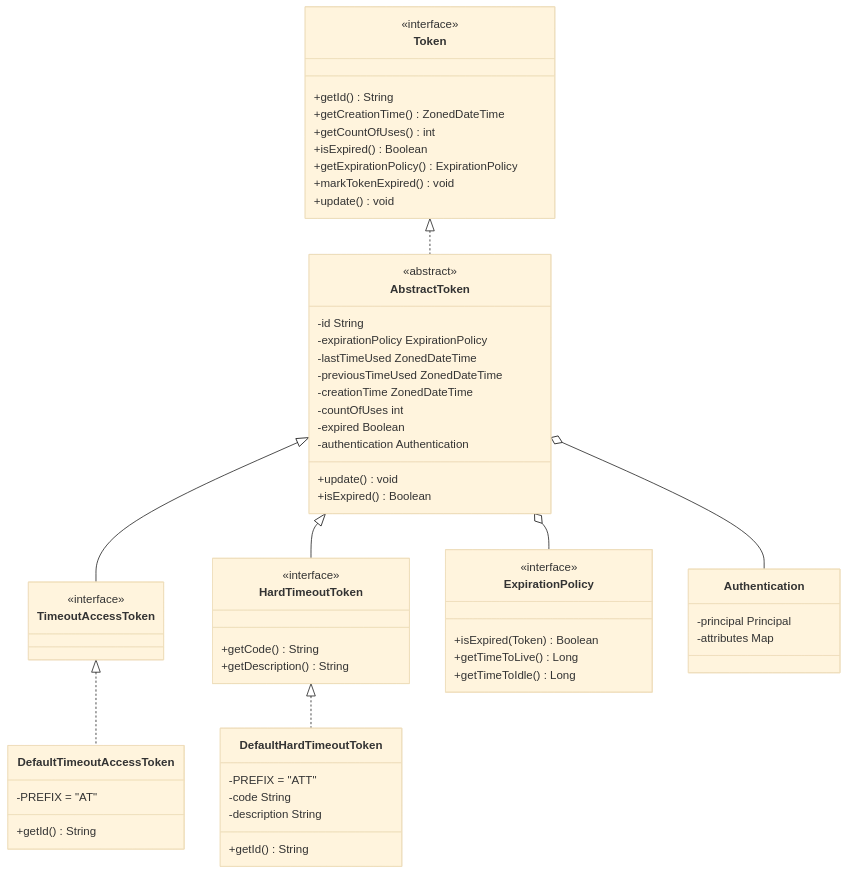
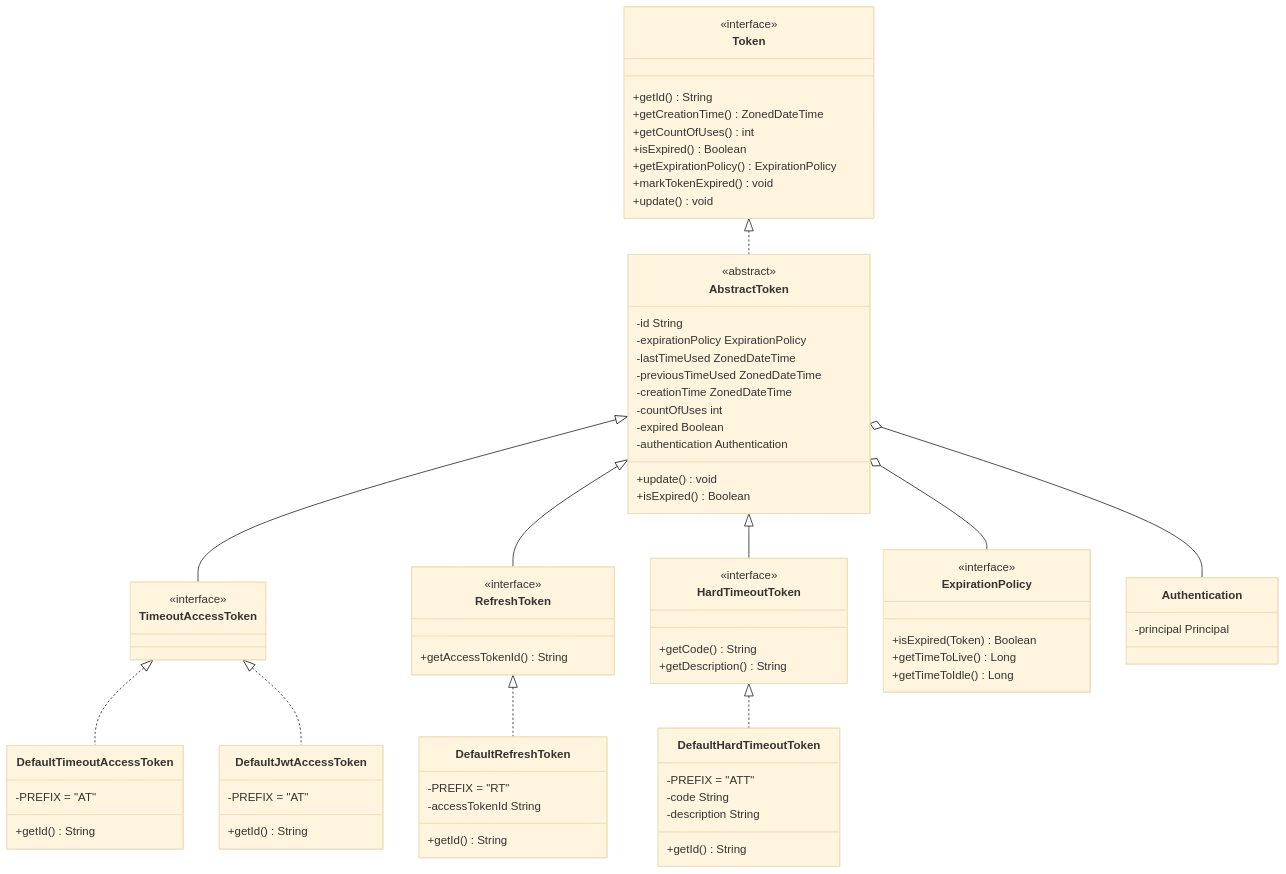
The second of 12 diagrams in docs/architecture-diagrams.md (imaping/token), drawn with Mermaid (base theme) before and after one commit. The commit also changed other lines of this file and 42 other files, not shown here.

First line of the commit message:
feat: Implement refresh token functionality with JWT support

````diff
--- a/docs/architecture-diagrams.md
+++ b/docs/architecture-diagrams.md
@@ -114,6 +114,22 @@
         +getId() String
     }
 
+    class DefaultJwtAccessToken {
+        -PREFIX = "AT"
+        +getId() String
+    }
+
+    class RefreshToken {
+        <<interface>>
+        +getAccessTokenId() String
+    }
+
+    class DefaultRefreshToken {
+        -PREFIX = "RT"
+        -accessTokenId String
+        +getId() String
+    }
+
     class HardTimeoutToken {
         <<interface>>
         +getCode() String
@@ -129,8 +145,11 @@
 
     Token <|.. AbstractToken
     AbstractToken <|-- TimeoutAccessToken
+    AbstractToken <|-- RefreshToken
     AbstractToken <|-- HardTimeoutToken
     TimeoutAccessToken <|.. DefaultTimeoutAccessToken
+    TimeoutAccessToken <|.. DefaultJwtAccessToken
+    RefreshToken <|.. DefaultRefreshToken
     HardTimeoutToken <|.. DefaultHardTimeoutToken
 
     AbstractToken o-- ExpirationPolicy
@@ -145,6 +164,5 @@
 
     class Authentication {
         -principal Principal
-        -attributes Map
     }
 ```
````
